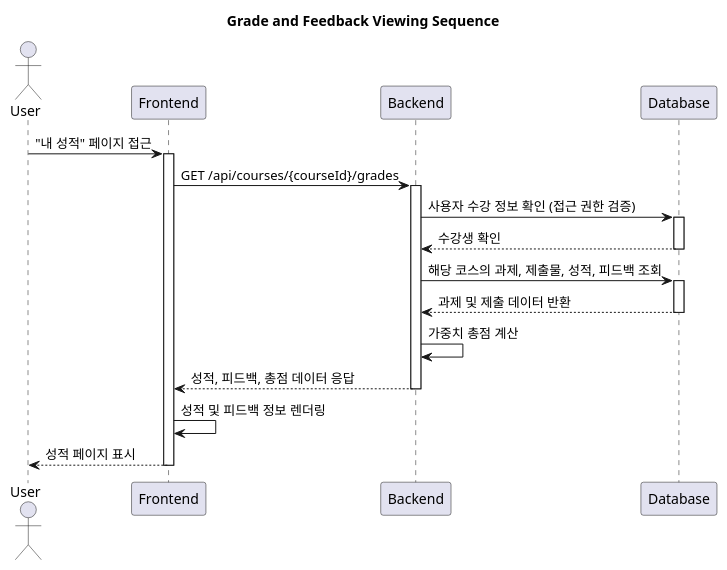
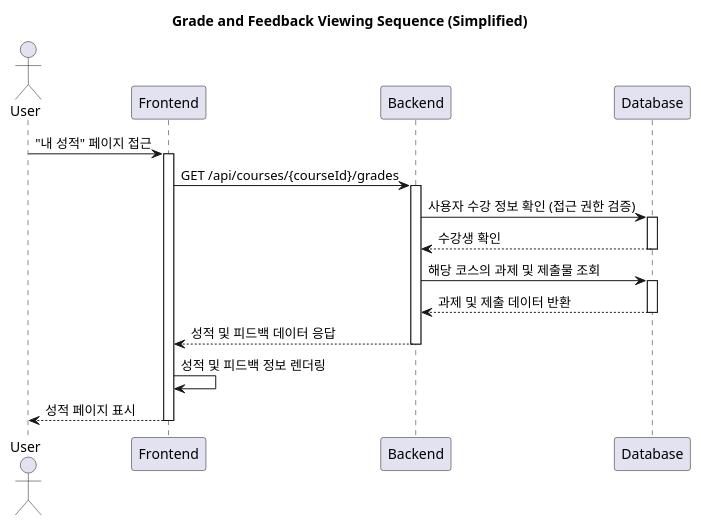
One commit to YeoulHi/w1-lms changed the diagram in docs/007/spec.md. Above: the diagram before and after it, drawn with PlantUML. The commit also changed other lines of this file and 1 other file, not shown here.

Commit message:
docs: spec-007 성적 및 피드백 열람 문서 작성

````diff
--- a/docs/007/spec.md
+++ b/docs/007/spec.md
@@ -36,35 +34,34 @@
 ```plantuml
 @startuml
-title Grade and Feedback Viewing Sequence
+title Grade and Feedback Viewing Sequence (Simplified)
 
 actor User
 participant "Frontend" as FE
 participant "Backend" as BE
 participant "Database" as DB
 
 User -> FE: "내 성적" 페이지 접근
 activate FE
 
 FE -> BE: GET /api/courses/{courseId}/grades
 activate BE
 
 BE -> DB: 사용자 수강 정보 확인 (접근 권한 검증)
 activate DB
 DB --> BE: 수강생 확인
 deactivate DB
 
-BE -> DB: 해당 코스의 과제, 제출물, 성적, 피드백 조회
+BE -> DB: 해당 코스의 과제 및 제출물 조회
 activate DB
 DB --> BE: 과제 및 제출 데이터 반환
 deactivate DB
 
-BE -> BE: 가중치 총점 계산
-BE --> FE: 성적, 피드백, 총점 데이터 응답
+BE --> FE: 성적 및 피드백 데이터 응답
 deactivate BE
 
 FE -> FE: 성적 및 피드백 정보 렌더링
 FE --> User: 성적 페이지 표시
 deactivate FE
 
 @enduml
 ```
````
